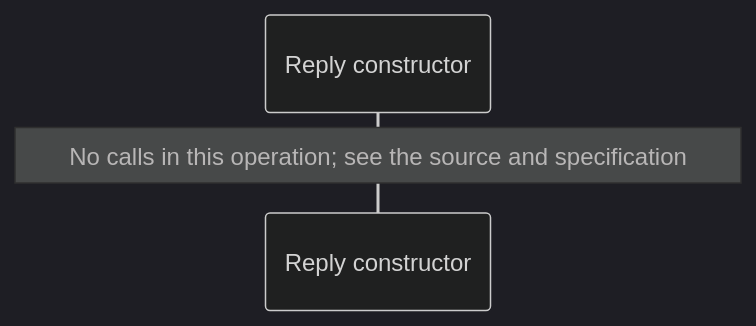
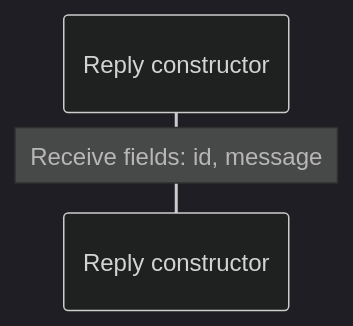
Before and after one commit to GreenPandaStudios/augscript: the third of 4 diagrams in benchmarks/http/routes.aug.diagrams.md, drawn with Mermaid (dark theme). The commit also changed 289 other files, not shown here.

Commit message:
Correct diagram control flow and complete generated wiki navigation

````diff
--- a/benchmarks/http/routes.aug.diagrams.md
+++ b/benchmarks/http/routes.aug.diagrams.md
@@ -35,6 +35,6 @@
 ```mermaid
 sequenceDiagram
     participant p0 as Reply constructor
 
-    Note over p0: No calls in this operation#59; see the source and specification
+    Note over p0: Receive fields: id, message
 ```
````
